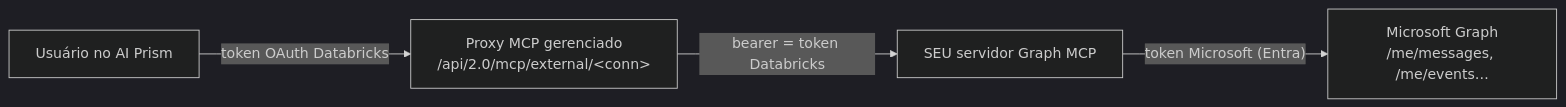
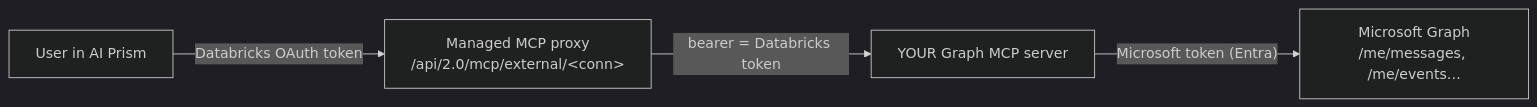
One commit to pedrotramos/ai-prism changed the diagram in docs/mcp-microsoft-graph.md. Above: the diagram before and after it, drawn with Mermaid (dark theme). The commit also changed other lines of this file and 6 other files, not shown here.

Commit message:
fix(docs): require the code-translated marker on every language copy; check relative server paths; translate Graph diagram labels (W3-10 QA r1)

````diff
--- a/docs/mcp-microsoft-graph.md
+++ b/docs/mcp-microsoft-graph.md
@@ -28,6 +29,6 @@
 ```mermaid
 flowchart LR
-    U["Usuário no AI Prism"] -->|token OAuth Databricks| P["Proxy MCP gerenciado<br/>/api/2.0/mcp/external/&lt;conn&gt;"]
-    P -->|bearer = token Databricks| G["SEU servidor Graph MCP"]
-    G -->|"token Microsoft (Entra)"| M["Microsoft Graph<br/>/me/messages, /me/events…"]
+    U["User in AI Prism"] -->|Databricks OAuth token| P["Managed MCP proxy<br/>/api/2.0/mcp/external/&lt;conn&gt;"]
+    P -->|bearer = Databricks token| G["YOUR Graph MCP server"]
+    G -->|"Microsoft token (Entra)"| M["Microsoft Graph<br/>/me/messages, /me/events…"]
 ```
````
